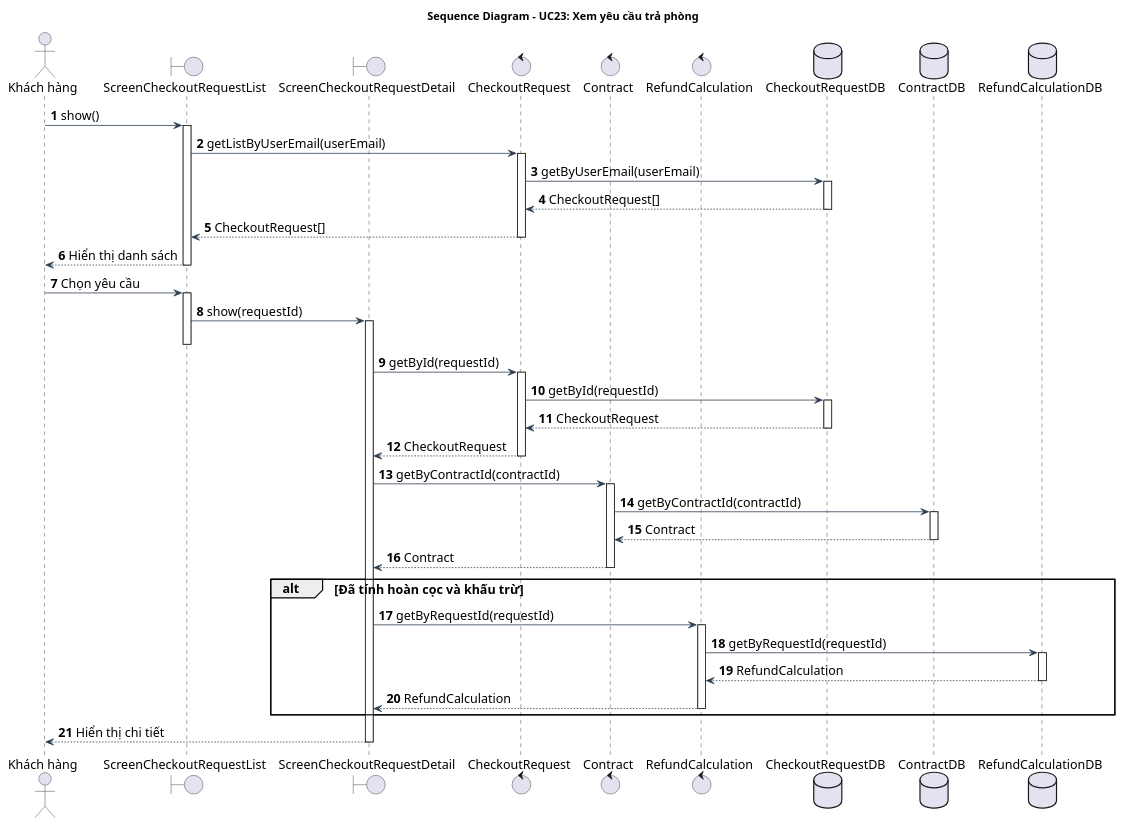
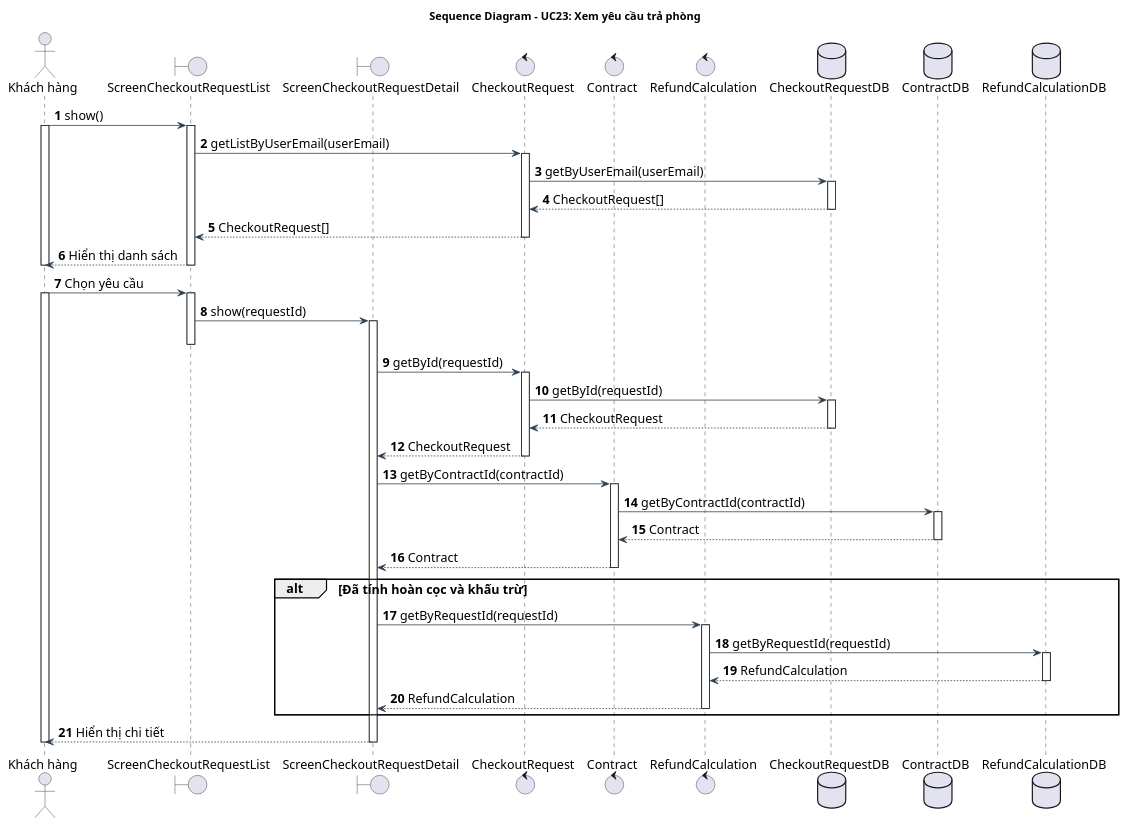
The diagram in doc/system/xem_yeu_cau_tra_phong/XemYeuCauTraPhong_SequenceDiagram.wsd (Gnourt812005/HCMUS-Analyze-and-desgin-IS), drawn with PlantUML before and after one commit. The commit also changed 1 other file, not shown here.

Commit message:
quangdo/diagram: updated some diagrams

```diff
--- a/doc/system/xem_yeu_cau_tra_phong/XemYeuCauTraPhong_SequenceDiagram.wsd
+++ b/doc/system/xem_yeu_cau_tra_phong/XemYeuCauTraPhong_SequenceDiagram.wsd
@@ -1,76 +1,80 @@
 @startuml XemYeuCauTraPhong_SequenceDiagram
 title Sequence Diagram - UC23: Xem yêu cầu trả phòng
 
 skinparam {
     BackgroundColor White
     ArrowColor #2D3E50
     DefaultFontName "Arial"
     DefaultFontSize 16
     ParticipantPadding 15
 }
 
 autonumber
 
 actor "Khách hàng" as customer
 boundary "ScreenCheckoutRequestList" as listScreen
 boundary "ScreenCheckoutRequestDetail" as detailScreen
 control "CheckoutRequest" as checkoutCtrl
 control "Contract" as contractCtrl
 control "RefundCalculation" as refundCtrl
 database "CheckoutRequestDB" as checkoutDb
 database "ContractDB" as contractDb
 database "RefundCalculationDB" as refundDb
 
 customer -> listScreen: show()
 activate listScreen
+activate customer
 listScreen -> checkoutCtrl: getListByUserEmail(userEmail)
 activate checkoutCtrl
 checkoutCtrl -> checkoutDb: getByUserEmail(userEmail)
 activate checkoutDb
 checkoutDb --> checkoutCtrl: CheckoutRequest[]
 deactivate checkoutDb
 checkoutCtrl --> listScreen: CheckoutRequest[]
 deactivate checkoutCtrl
 
 listScreen --> customer: Hiển thị danh sách
 deactivate listScreen
+deactivate customer
 
 customer -> listScreen: Chọn yêu cầu
 activate listScreen
+activate customer
 listScreen -> detailScreen: show(requestId)
 activate detailScreen
 deactivate listScreen
 detailScreen -> checkoutCtrl: getById(requestId)
 activate checkoutCtrl
 checkoutCtrl -> checkoutDb: getById(requestId)
 activate checkoutDb
 checkoutDb --> checkoutCtrl: CheckoutRequest
 deactivate checkoutDb
 checkoutCtrl --> detailScreen: CheckoutRequest
 deactivate checkoutCtrl
 
 detailScreen -> contractCtrl: getByContractId(contractId)
 activate contractCtrl
 contractCtrl -> contractDb: getByContractId(contractId)
 activate contractDb
 contractDb --> contractCtrl: Contract
 deactivate contractDb
 contractCtrl --> detailScreen: Contract
 deactivate contractCtrl
 
 alt Đã tính hoàn cọc và khấu trừ
     detailScreen -> refundCtrl: getByRequestId(requestId)
     activate refundCtrl
     refundCtrl -> refundDb: getByRequestId(requestId)
     activate refundDb
     refundDb --> refundCtrl: RefundCalculation 
     deactivate refundDb
     refundCtrl --> detailScreen: RefundCalculation 
     deactivate refundCtrl
 end
 
 detailScreen --> customer: Hiển thị chi tiết
 deactivate detailScreen
 deactivate listScreen
+deactivate customer
 
 @enduml
```
